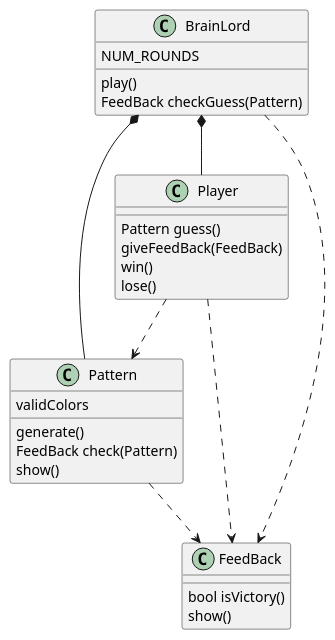
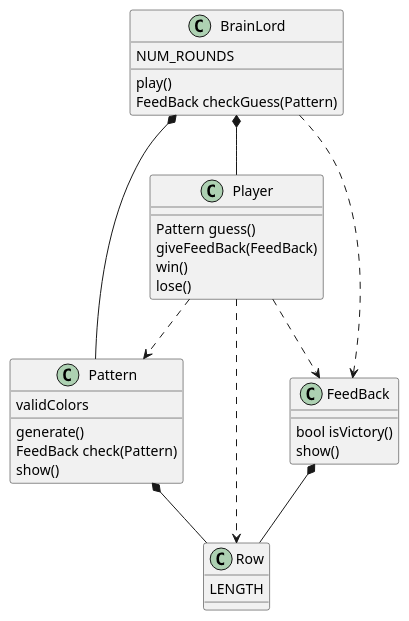
Before and after one commit to hombrenieve/brainlord: the diagram in brainlord/analysis/brainlord.puml, drawn with PlantUML. The commit also changed 10 other files, not shown here.

```diff
--- a/brainlord/analysis/brainlord.puml
+++ b/brainlord/analysis/brainlord.puml
@@ -1,39 +1,43 @@
 @startuml
 
 class BrainLord { 
 	NUM_ROUNDS
 	play()
 	FeedBack checkGuess(Pattern) 
 } 
 
 class Player {
 	Pattern guess() 
 	giveFeedBack(FeedBack) 
 	win() 
 	lose() 
 } 
 
 class Pattern { 
 	validColors
 	generate() 
 	FeedBack check(Pattern) 
 	show() 
 } 
 
 class FeedBack { 
 	bool isVictory() 
 	show() 
 } 
 
-
+class Row {
+	LENGTH
+}
 
 BrainLord *-- Player 
 BrainLord *-- Pattern 
 BrainLord ..> FeedBack 
 
 Player ..> Pattern 
-Player ..> FeedBack 
+Player ..> FeedBack
+Player ..> Row
 
-Pattern ..> FeedBack
+Pattern *-- Row
+FeedBack *-- Row
 
 @enduml
```
